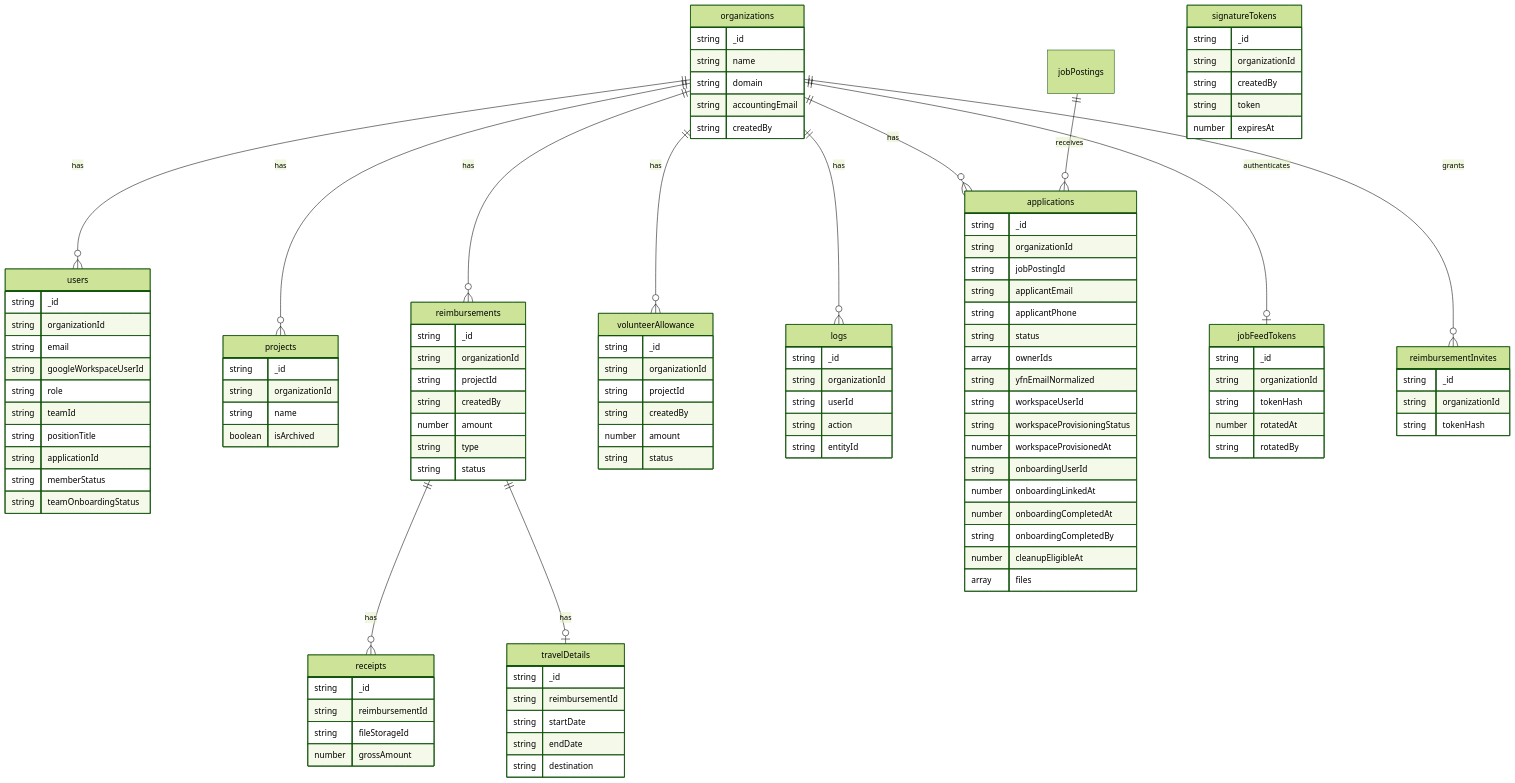
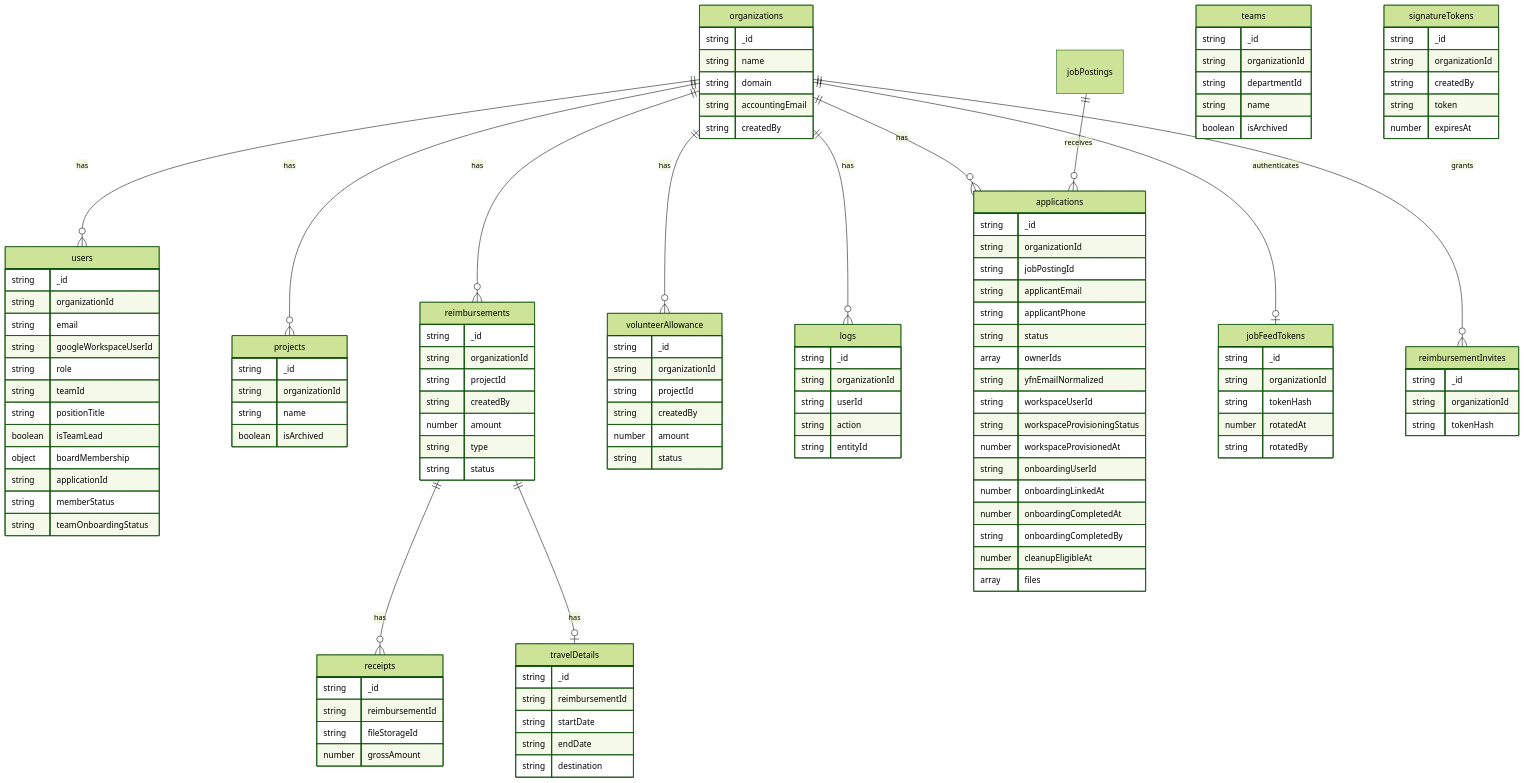
One commit to yfndev/ybase changed the diagram in docs/schema.md. Above: the diagram before and after it, drawn with Mermaid (forest theme). The commit also changed 15 other files, not shown here.

Commit message:
feat(members): model board and team lead assignments

```diff
--- a/docs/schema.md
+++ b/docs/schema.md
@@ -48,9 +48,19 @@
         string role
         string teamId
         string positionTitle
+        boolean isTeamLead
+        object boardMembership
         string applicationId
         string memberStatus
         string teamOnboardingStatus
+    }
+
+    teams {
+        string _id
+        string organizationId
+        string departmentId
+        string name
+        boolean isArchived
     }
 
     projects {
```
